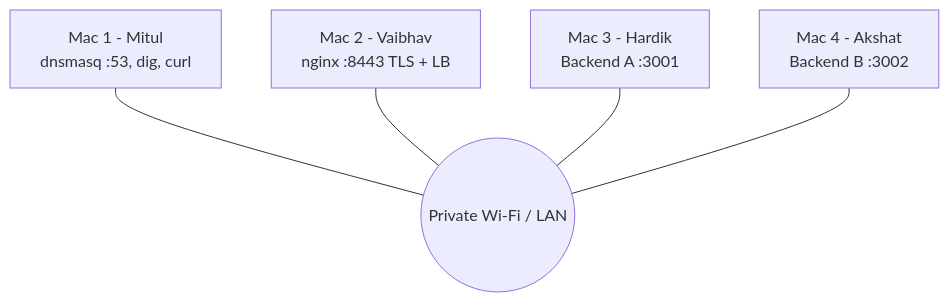
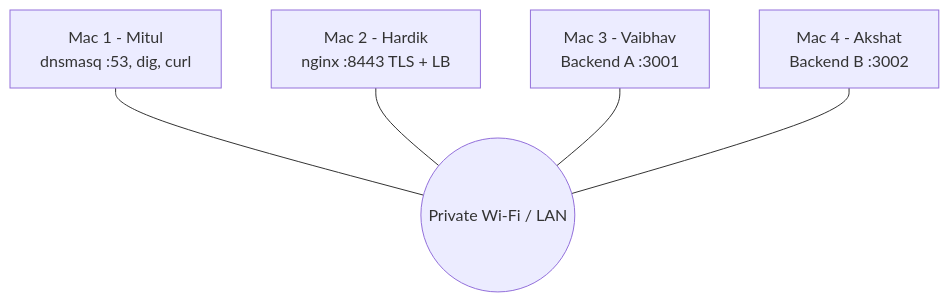
Before and after one commit to KartikMehra22/CN-Project: the first of 7 diagrams in docs/diagrams.md, drawn with Mermaid. The commit also changed other lines of this file and 38 other files, not shown here.

First line of the commit message:
refactor: swap Kartik Mehra and Prajwal (Mac 2 = Kartik Mehra edge, Mac 3 = Prajwal Backend A) (#3)

````diff
--- a/docs/diagrams.md
+++ b/docs/diagrams.md
@@ -4,8 +4,8 @@
 ```mermaid
 flowchart TB
   LAN(("Private Wi-Fi / LAN"))
   M1["Mac 1 - Mitul<br/>dnsmasq :53, dig, curl"] --- LAN
-  M2["Mac 2 - Vaibhav<br/>nginx :8443 TLS + LB"] --- LAN
-  M3["Mac 3 - Hardik<br/>Backend A :3001"] --- LAN
+  M2["Mac 2 - Hardik<br/>nginx :8443 TLS + LB"] --- LAN
+  M3["Mac 3 - Vaibhav<br/>Backend A :3001"] --- LAN
   M4["Mac 4 - Akshat<br/>Backend B :3002"] --- LAN
 ```
````
